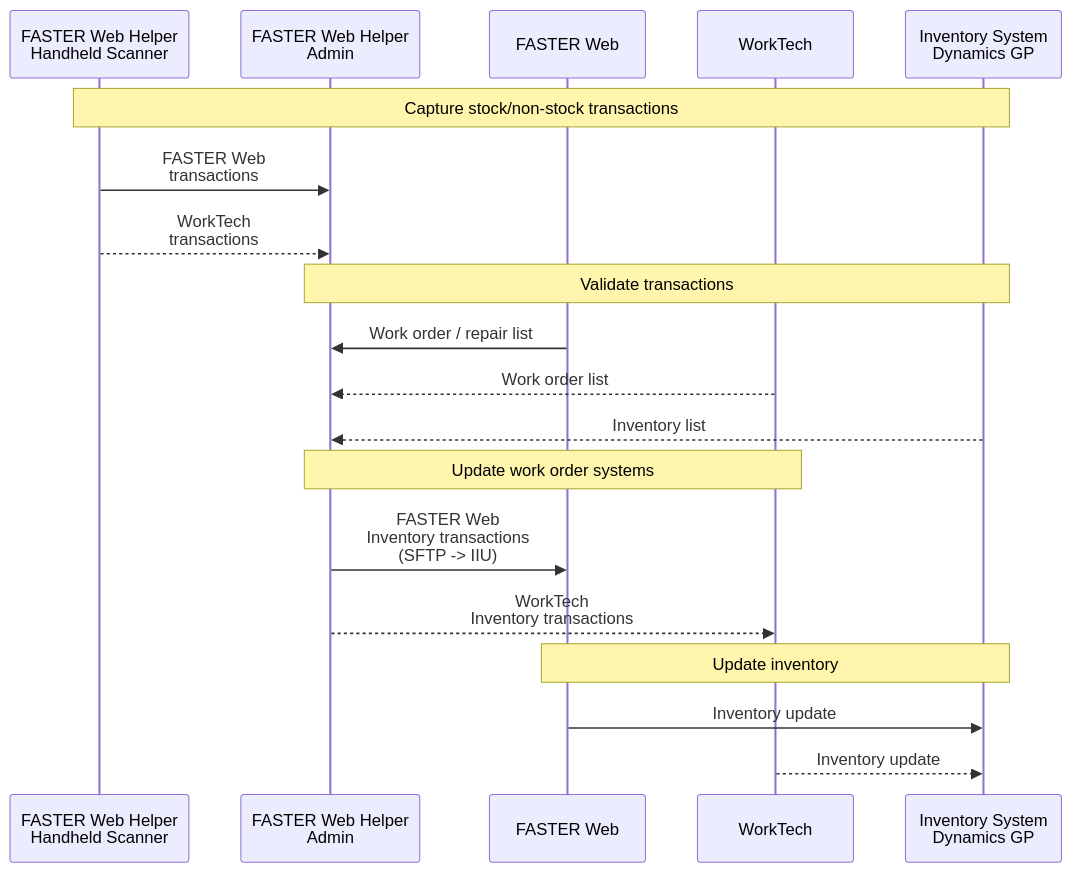
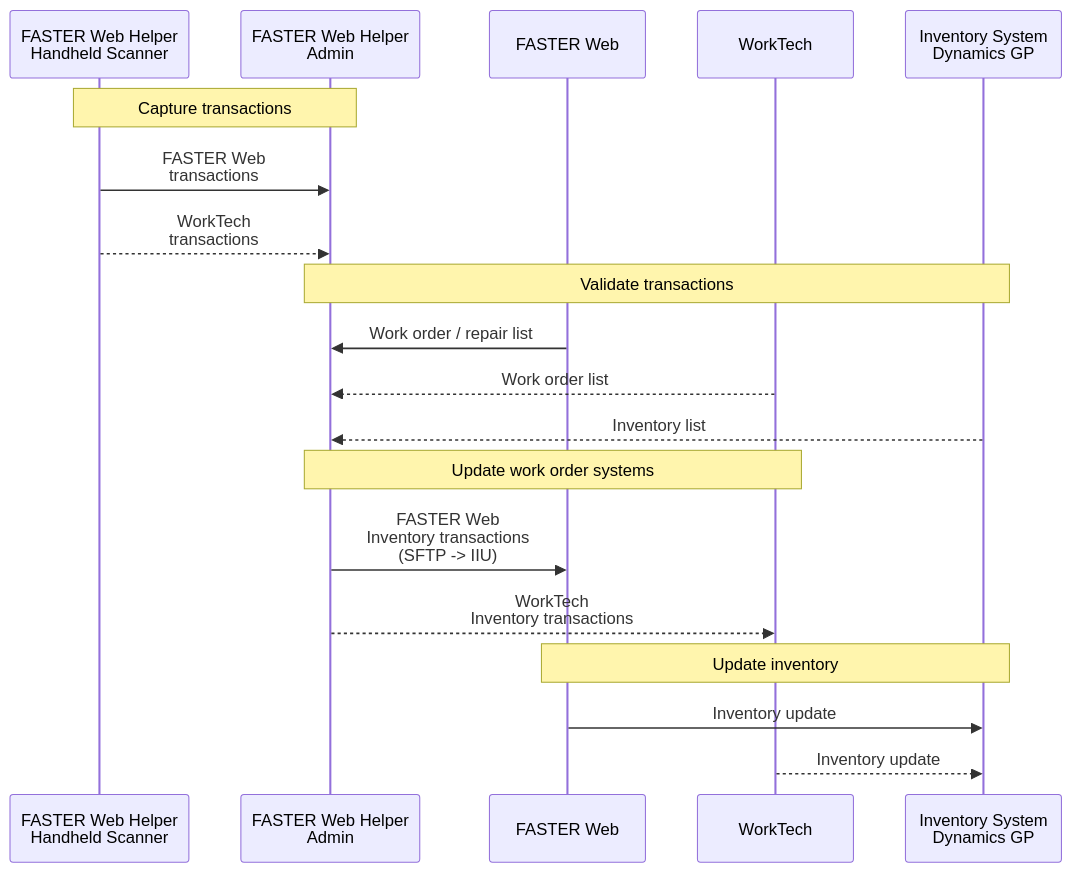
One commit to cityssm/faster-web-helper changed the diagram in modules/inventoryScanner/README.md. Above: the diagram before and after it, drawn with Mermaid.

````diff
--- a/modules/inventoryScanner/README.md
+++ b/modules/inventoryScanner/README.md
@@ -29,25 +29,25 @@
 ```mermaid
 sequenceDiagram
     participant scanner as FASTER Web Helper<br />Handheld Scanner
     participant helper as FASTER Web Helper<br />Admin
     participant faster as FASTER Web
     participant worktech as WorkTech
     participant inventory as Inventory System<br />Dynamics GP
 
-    note over scanner,inventory: Capture stock/non-stock transactions
+    note over scanner,helper: Capture transactions
     scanner->>helper: FASTER Web<br />transactions
     scanner-->>helper: WorkTech<br />transactions
 
     note over helper,inventory: Validate transactions
     faster->>helper: Work order / repair list
     worktech-->>helper: Work order list
     inventory-->>helper: Inventory list
 
     note over helper,worktech: Update work order systems
     helper->>faster: FASTER Web<br />Inventory transactions<br />(SFTP -> IIU)
     helper-->>worktech: WorkTech<br />Inventory transactions
 
     note over faster,inventory: Update inventory
     faster->>inventory: Inventory update
     worktech-->>inventory: Inventory update
 ```
````
